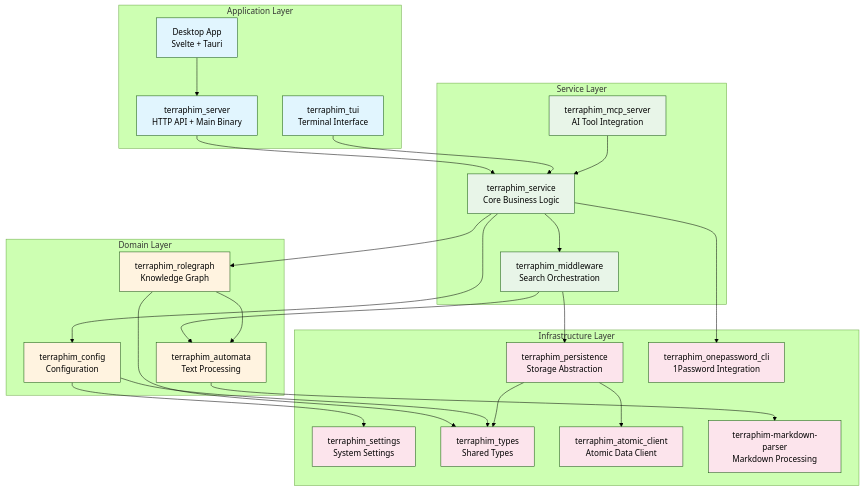
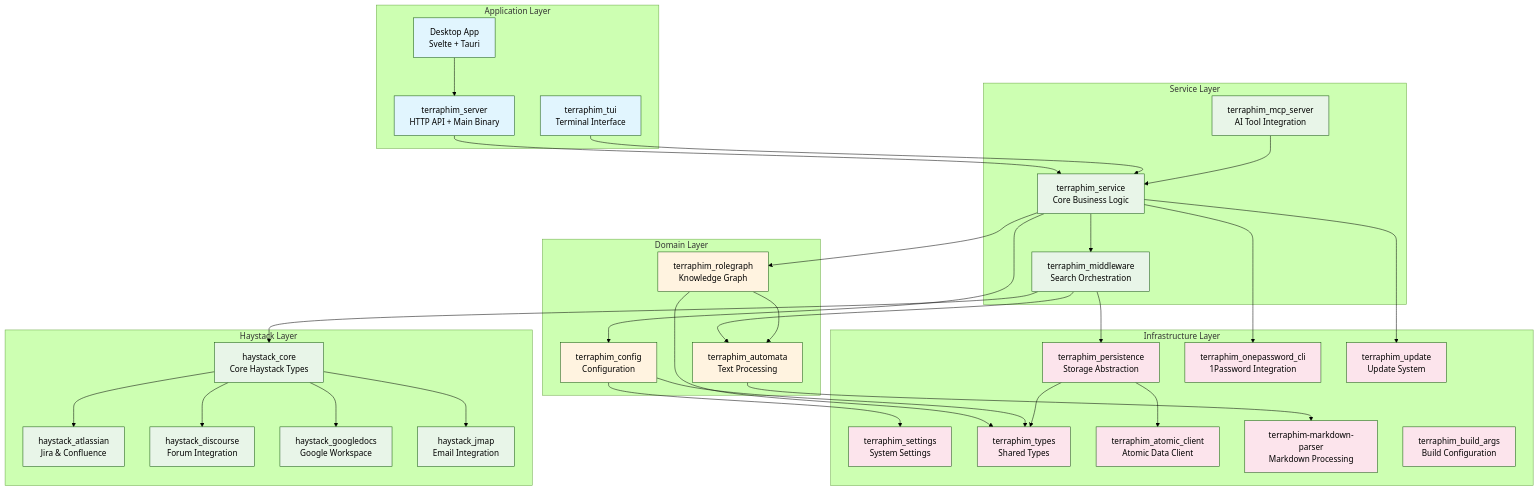
Before and after one commit to terraphim/terraphim-ai: the third of 8 diagrams in docs/src/Architecture.md, drawn with Mermaid (forest theme). The commit also changed other lines of this file and 11 other files, not shown here.

Commit message:
docs(architecture): update diagrams

````diff
--- a/docs/src/Architecture.md
+++ b/docs/src/Architecture.md
@@ -181,6 +355,16 @@
         AtomicClient[terraphim_atomic_client<br/>Atomic Data Client]
         MarkdownParser[terraphim-markdown-parser<br/>Markdown Processing]
         OnePassword[terraphim_onepassword_cli<br/>1Password Integration]
+        Update[terraphim_update<br/>Update System]
+        BuildArgs[terraphim_build_args<br/>Build Configuration]
+    end
+
+    subgraph "Haystack Layer"
+        HaystackCore[haystack_core<br/>Core Haystack Types]
+        HaystackAtlassian[haystack_atlassian<br/>Jira & Confluence]
+        HaystackDiscourse[haystack_discourse<br/>Forum Integration]
+        HaystackGoogleDocs[haystack_googledocs<br/>Google Workspace]
+        HaystackJMAP[haystack_jmap<br/>Email Integration]
     end
 
     Server --> Service
@@ -207,14 +391,23 @@
     Automata --> MarkdownParser
 
     Service --> OnePassword
+    Service --> Update
+
+    Middleware --> HaystackCore
+    HaystackCore --> HaystackAtlassian
+    HaystackCore --> HaystackDiscourse
+    HaystackCore --> HaystackGoogleDocs
+    HaystackCore --> HaystackJMAP
 
     classDef appLayer fill:#e1f5fe
     classDef serviceLayer fill:#e8f5e8
     classDef domainLayer fill:#fff3e0
     classDef infraLayer fill:#fce4ec
+    classDef haystackLayer fill:#e8f5e8
 
     class Server,Desktop,TUI appLayer
     class Service,Middleware,MCP serviceLayer
     class RoleGraph,Automata,Config domainLayer
-    class Persistence,Settings,Types,AtomicClient,MarkdownParser,OnePassword infraLayer
+    class Persistence,Settings,Types,AtomicClient,MarkdownParser,OnePassword,Update,BuildArgs infraLayer
+    class HaystackCore,HaystackAtlassian,HaystackDiscourse,HaystackGoogleDocs,HaystackJMAP haystackLayer
 ```
````
